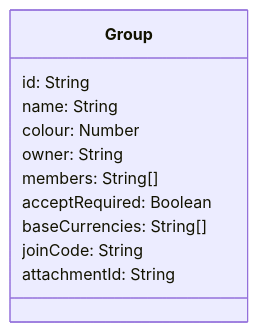
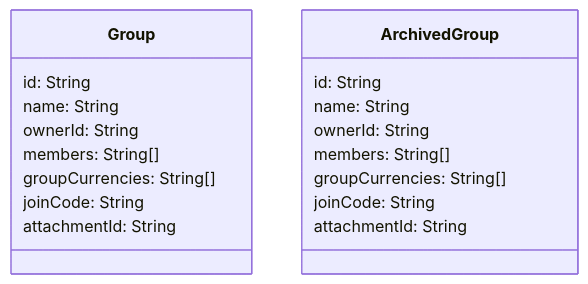
Before and after one commit to Group-Expense-Manager/gem-docs: the sixth of 20 diagrams in docs/contracts.md, drawn with Mermaid. The commit also changed other lines of this file and 1 other file, not shown here.

Commit message:
updated flow diagrams & database classes

````diff
--- a/docs/contracts.md
+++ b/docs/contracts.md
@@ -248,15 +256,22 @@
 ```mermaid
 classDiagram
     class Group {
         id: String
         name: String
-        colour: Number
-        owner: String
+        ownerId: String
         members: String[]
-        acceptRequired: Boolean
-        baseCurrencies: String[]
+        groupCurrencies: String[]
         joinCode: String
         attachmentId: String
-        
+    }
+
+    class ArchivedGroup {
+        id: String
+        name: String
+        ownerId: String
+        members: String[]
+        groupCurrencies: String[]
+        joinCode: String
+        attachmentId: String
     }
 ```
````
